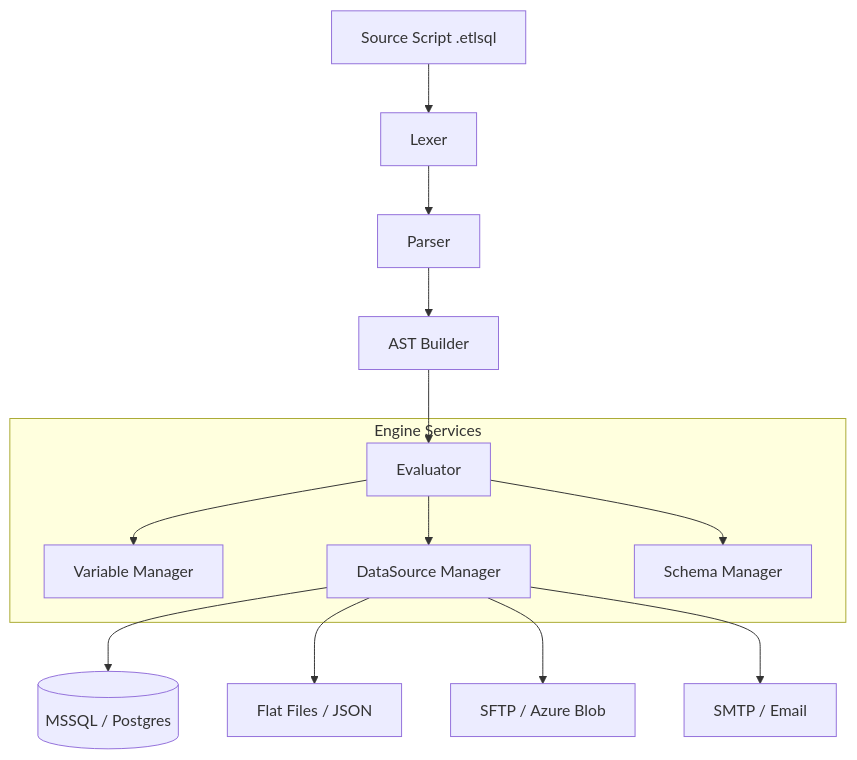
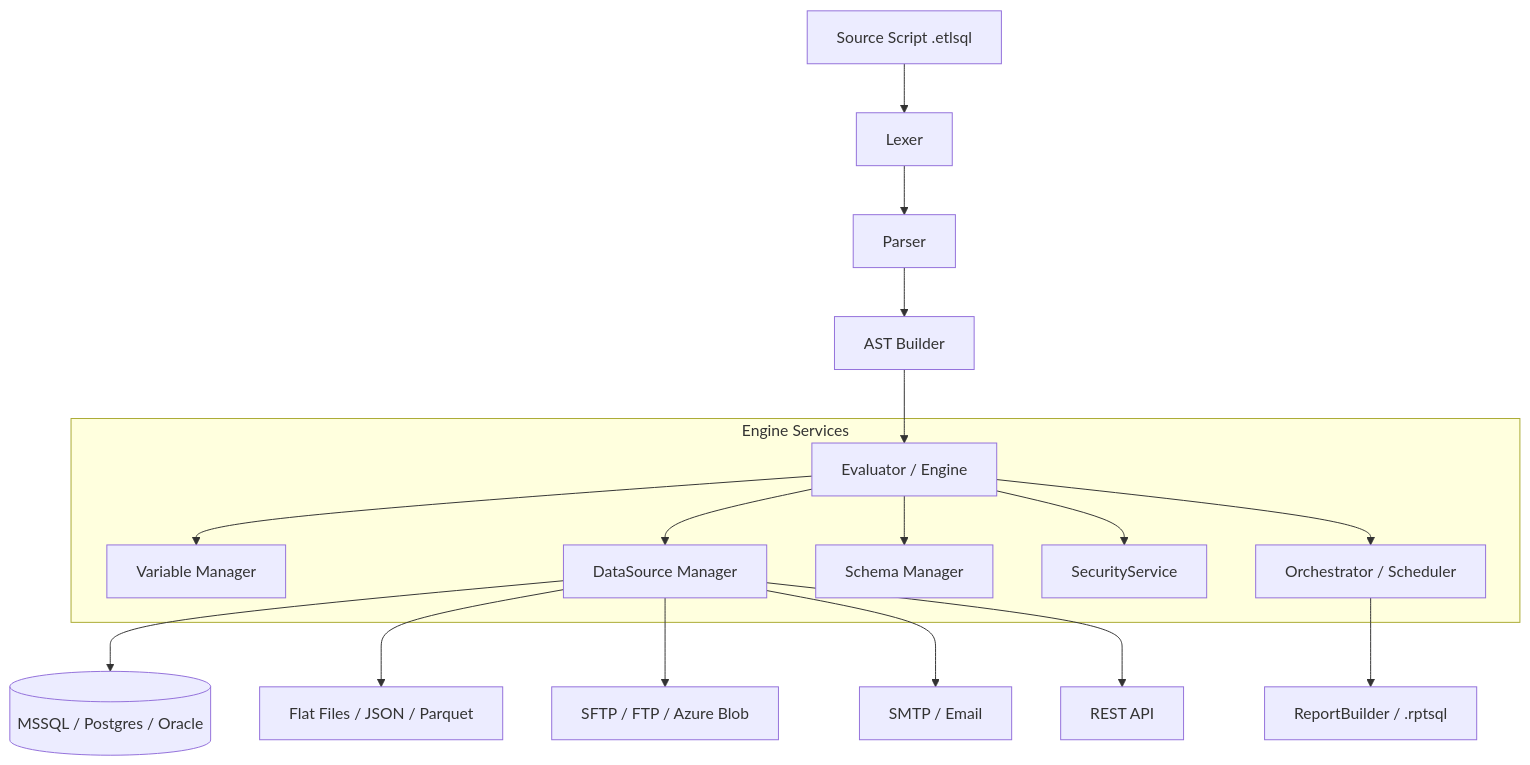
One commit to etl-sql/ETL-SQL changed the diagram in README.md. Above: the diagram before and after it, drawn with Mermaid. The commit also changed other lines of this file and 43 other files, not shown here.

````diff
--- a/README.md
+++ b/README.md
@@ -64,18 +63,22 @@
 ```mermaid
 graph TD
     A[Source Script .etlsql] --> B[Lexer]
     B --> C[Parser]
     C --> D[AST Builder]
-    D --> E[Evaluator]
-    
+    D --> E[Evaluator / Engine]
+
     subgraph Engine Services
         E --> F[Variable Manager]
         E --> G[DataSource Manager]
         E --> H[Schema Manager]
+        E --> S[SecurityService]
+        E --> O[Orchestrator / Scheduler]
     end
-    
-    G --> I[(MSSQL / Postgres)]
-    G --> J[Flat Files / JSON]
-    G --> K[SFTP / Azure Blob]
+
+    G --> I[(MSSQL / Postgres / Oracle)]
+    G --> J[Flat Files / JSON / Parquet]
+    G --> K[SFTP / FTP / Azure Blob]
     G --> L[SMTP / Email]
+    G --> M[REST API]
+    O --> N[ReportBuilder / .rptsql]
 ```
````
